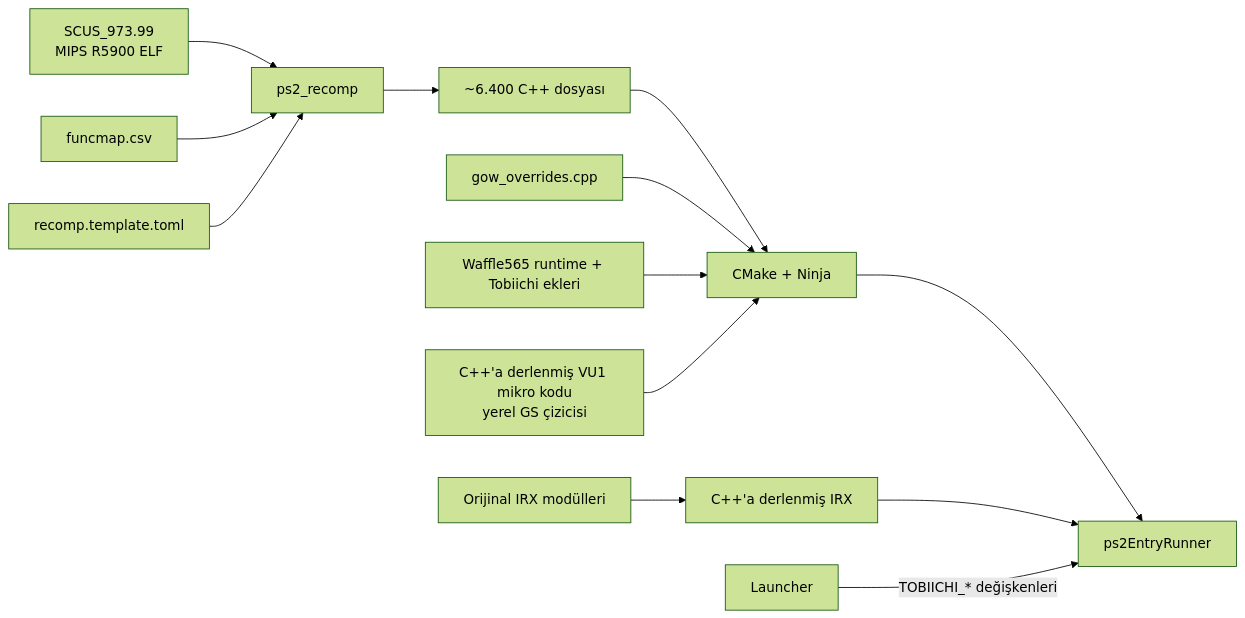
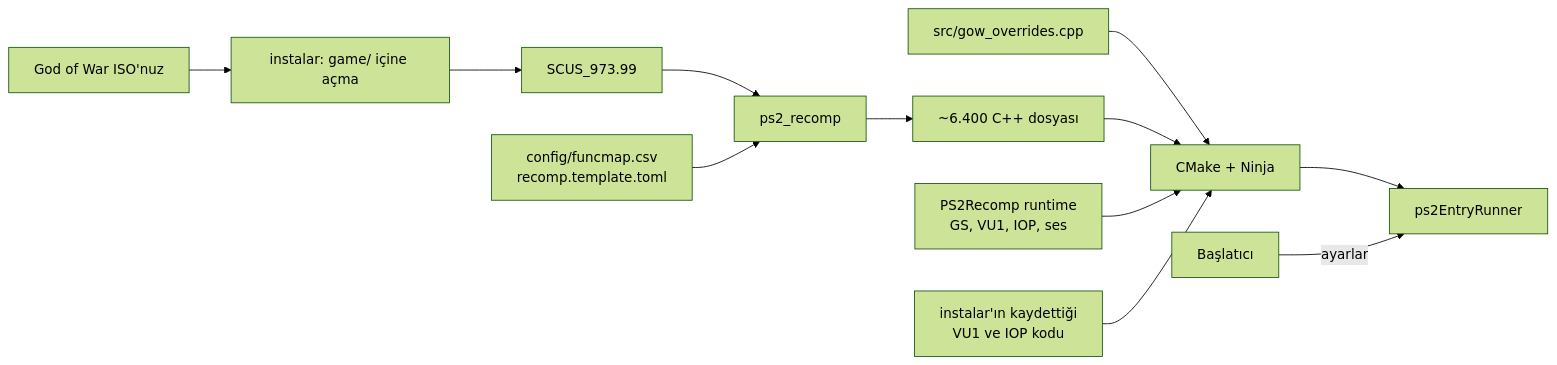
One commit to YYOzcan/Tobiichi-Port changed the diagram in README.tr.md. Above: the diagram before and after it, drawn with Mermaid (forest theme). The commit also changed other lines of this file and 99 other files, not shown here.

````diff
--- a/README.tr.md
+++ b/README.tr.md
@@ -138,15 +208,14 @@
 ```mermaid
 flowchart LR
-    A[SCUS_973.99<br/>MIPS R5900 ELF] --> B[ps2_recomp]
-    M[funcmap.csv] --> B
-    C[recomp.template.toml] --> B
-    B --> D[~6.400 C++ dosyası]
-    D --> E[CMake + Ninja]
-    O[gow_overrides.cpp] --> E
-    P[Waffle565 runtime + Tobiichi ekleri] --> E
-    V[C++'a derlenmiş VU1 mikro kodu<br/>yerel GS çizicisi] --> E
-    E --> F[ps2EntryRunner]
-    I[Orijinal IRX modülleri] --> G[C++'a derlenmiş IRX]
-    G --> F
-    L[Launcher] -->|TOBIICHI_* değişkenleri| F
+    ISO[God of War ISO'nuz] --> X[instalar: game/ içine açma]
+    X --> ELF[SCUS_973.99]
+    ELF --> R[ps2_recomp]
+    M[config/funcmap.csv<br/>recomp.template.toml] --> R
+    R --> C[~6.400 C++ dosyası]
+    O[src/gow_overrides.cpp] --> B[CMake + Ninja]
+    C --> B
+    RT[PS2Recomp runtime<br/>GS, VU1, IOP, ses] --> B
+    V[instalar'ın kaydettiği<br/>VU1 ve IOP kodu] --> B
+    B --> G[ps2EntryRunner]
+    L[Başlatıcı] -->|ayarlar| G
 ```
````
